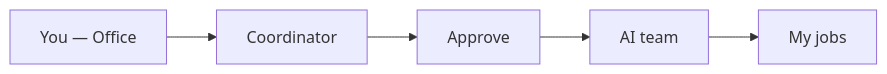
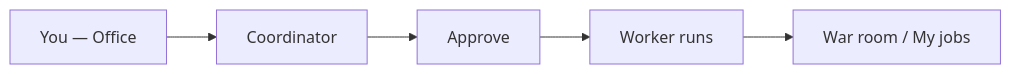
Before and after one commit to kreodevs/ia-company: the first of 2 diagrams in frontend/src/content/help/tutorial.en.md, drawn with Mermaid. The commit also changed other lines of this file and 21 other files, not shown here.

````diff
--- a/frontend/src/content/help/tutorial.en.md
+++ b/frontend/src/content/help/tutorial.en.md
@@ -44,7 +52,7 @@
 ```mermaid
 flowchart LR
   A[You — Office] --> B[Coordinator]
   B --> C[Approve]
-  C --> D[AI team]
-  D --> E[My jobs]
+  C --> D[Worker runs]
+  D --> E[War room / My jobs]
 ```
````
